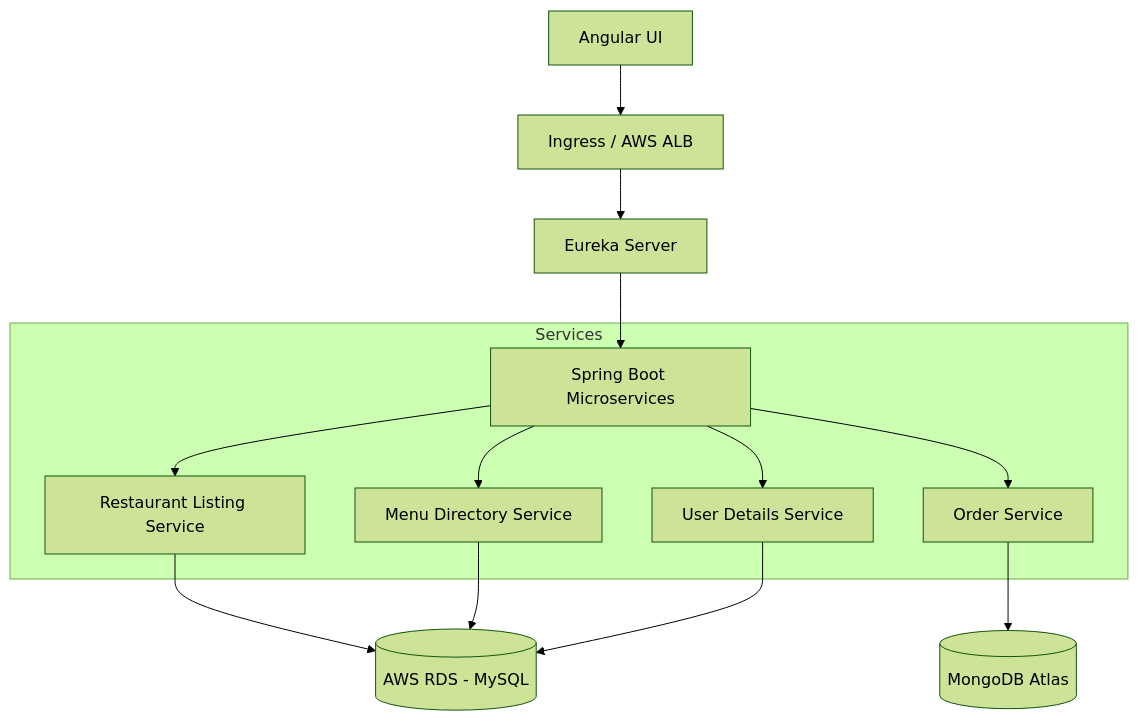
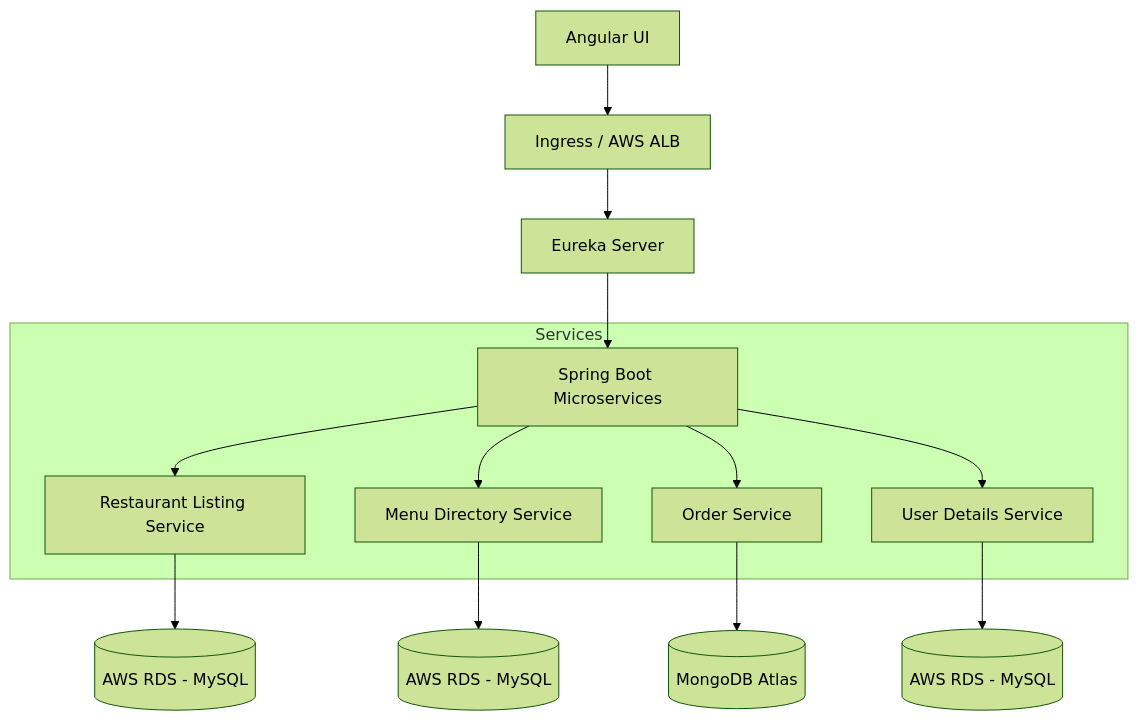
Before and after one commit to food-on-wheels-org/README: the first of 2 diagrams in README.md, drawn with Mermaid (forest theme). The commit also changed other lines of this file, not shown here.

Commit message:
Resolve diagram rendering issues

````diff
--- a/README.md
+++ b/README.md
@@ -23,18 +23,18 @@
 ```mermaid
 graph TD
     UI[Angular UI] --> ALB[Ingress / AWS ALB]
     ALB --> EUREKA[Eureka Server]
     EUREKA --> REST[Spring Boot Microservices]
 
     subgraph Services
       REST --> REST1[Restaurant Listing Service]
       REST --> REST2[Menu Directory Service]
       REST --> REST3[Order Service]
       REST --> REST4[User Details Service]
     end
 
-    REST1 --> MYSQL[(AWS RDS - MySQL)]
-    REST2 --> MYSQL
-    REST4 --> MYSQL
+    REST1 --> MYSQL1[(AWS RDS - MySQL)]
+    REST2 --> MYSQL2[(AWS RDS - MySQL)]
+    REST4 --> MYSQL3[(AWS RDS - MySQL)]
     REST3 --> MONGO[(MongoDB Atlas)]
 ```
````
